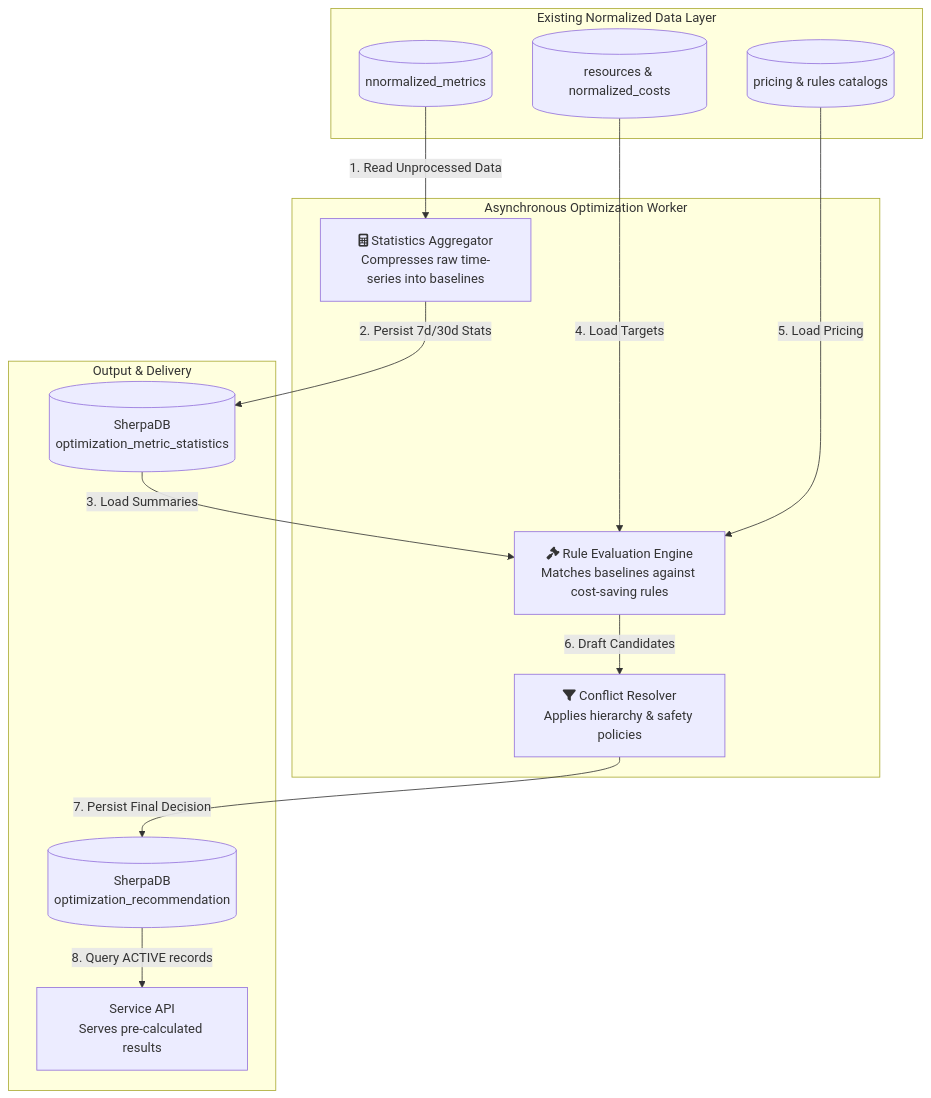
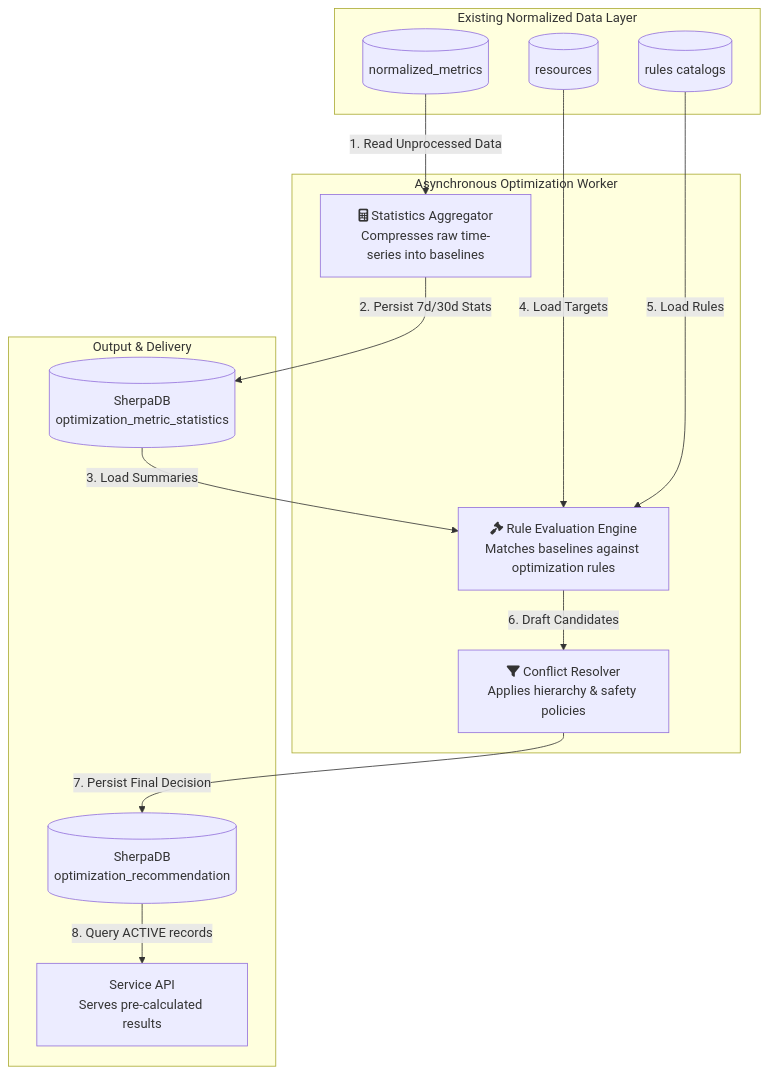
One commit to COS301-SE-2026/CloudSherpa changed the first of 4 diagrams in docs/services/optimization-recommendation.md. Above: the diagram before and after it, drawn with Mermaid. The commit also changed other lines of this file, not shown here.

````diff
--- a/docs/services/optimization-recommendation.md
+++ b/docs/services/optimization-recommendation.md
@@ -9,33 +9,33 @@
 ```mermaid
 flowchart TD
     %% Starting Point: Existing Normalized Data
     subgraph Input [Existing Normalized Data Layer]
-        DB_METRICS[(nnormalized_metrics)]
-        DB_RES[(resources & normalized_costs)]
-        DB_CAT[(pricing & rules catalogs)]
+        DB_METRICS[(normalized_metrics)]
+        DB_RES[(resources)]
+        DB_CAT[(rules catalogs)]
     end
 
     subgraph Worker [Asynchronous Optimization Worker]
         AGGREGATOR[fa:fa-calculator Statistics Aggregator\nCompresses raw time-series into baselines]
-        RULE_ENGINE[fa:fa-gavel Rule Evaluation Engine\nMatches baselines against cost-saving rules]
+        RULE_ENGINE[fa:fa-gavel Rule Evaluation Engine\nMatches baselines against optimization rules]
         RESOLVER[fa:fa-filter Conflict Resolver\nApplies hierarchy & safety policies]
     end
 
     subgraph Output [Output & Delivery]
         DB_STATS[(SherpaDB\noptimization_metric_statistics)]
         DB_REC[(SherpaDB\noptimization_recommendation)]
         API[Service API\nServes pre-calculated results]
     end
 
     DB_METRICS -->|1. Read Unprocessed Data| AGGREGATOR
     AGGREGATOR -->|2. Persist 7d/30d Stats| DB_STATS
     
     DB_STATS -->|3. Load Summaries| RULE_ENGINE
     DB_RES -->|4. Load Targets| RULE_ENGINE
-    DB_CAT -->|5. Load Pricing| RULE_ENGINE
+    DB_CAT -->|5. Load Rules| RULE_ENGINE
     
     RULE_ENGINE -->|6. Draft Candidates| RESOLVER
     RESOLVER -->|7. Persist Final Decision| DB_REC
     
     DB_REC -->|8. Query ACTIVE records| API
 ```
````
